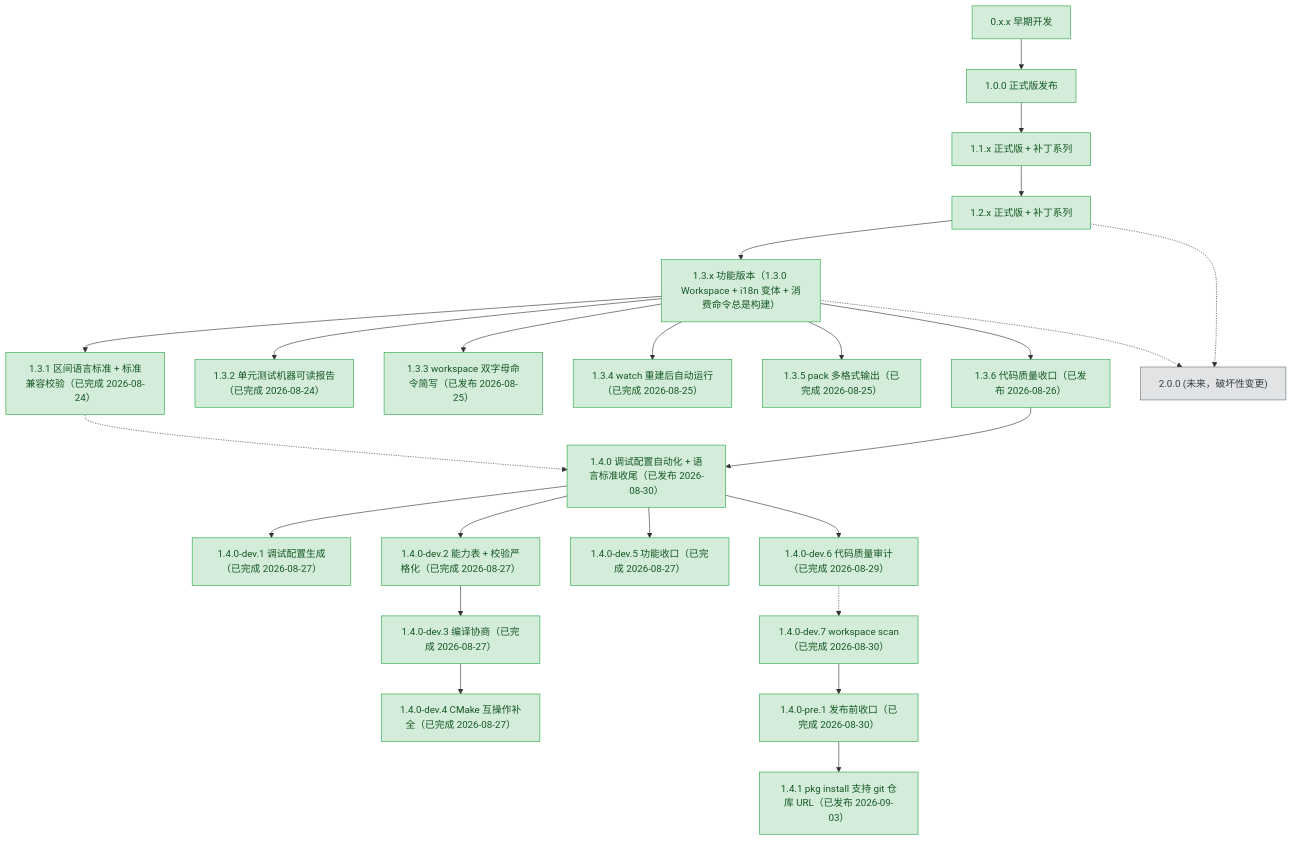
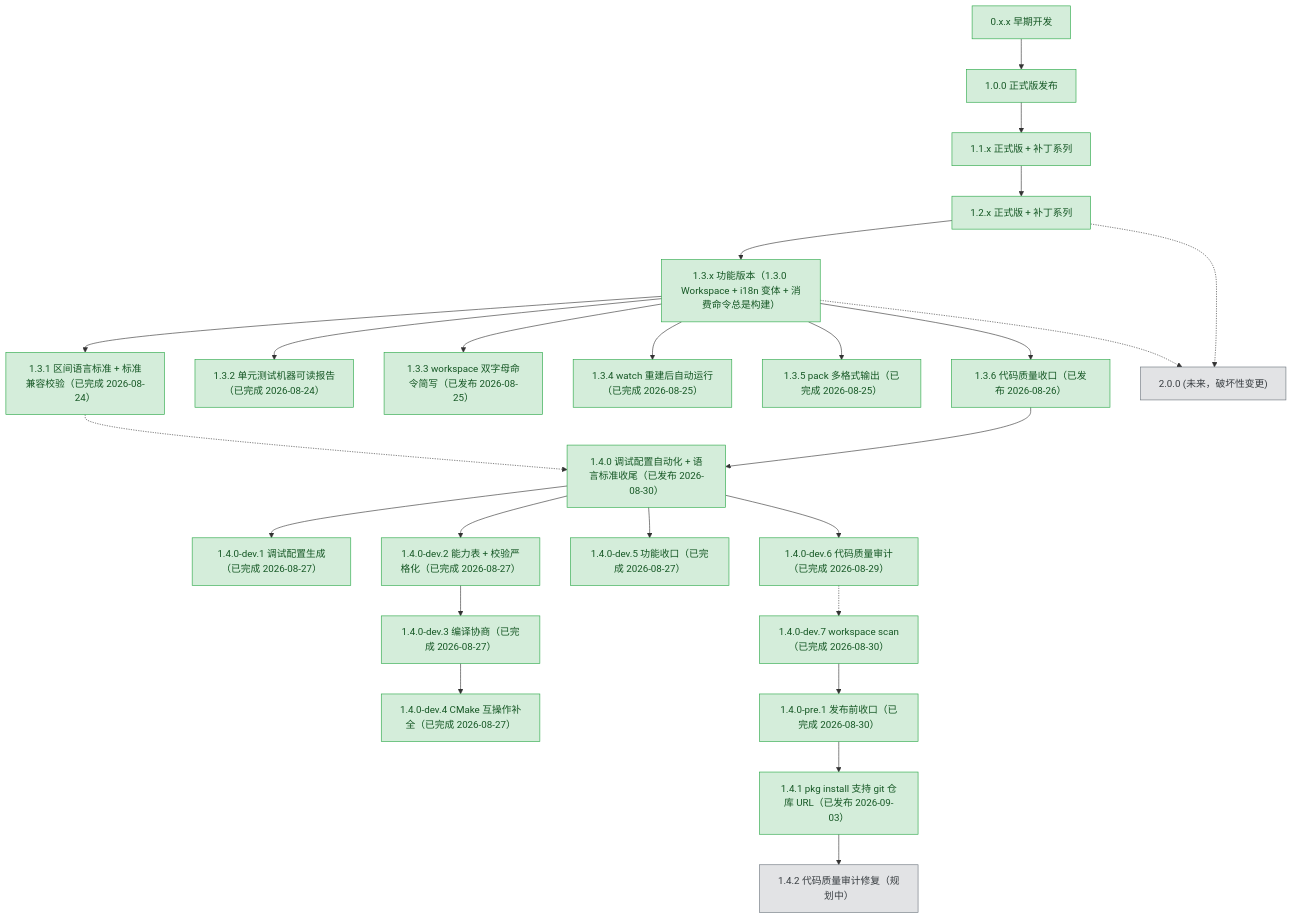
The diagram in plans/README.md (3667808244/EazyMake), drawn with Mermaid before and after one commit. The commit also changed other lines of this file and 3 other files, not shown here.

````diff
--- a/plans/README.md
+++ b/plans/README.md
@@ -66,75 +66,78 @@
 ```mermaid
 graph TD
     v0xx["0.x.x 早期开发"]
     v100["1.0.0 正式版发布"]
     v11x["1.1.x 正式版 + 补丁系列"]
     v12x["1.2.x 正式版 + 补丁系列"]
     v13x["1.3.x 功能版本（1.3.0 Workspace + i18n 变体 + 消费命令总是构建）"]
     v131["1.3.1 区间语言标准 + 标准兼容校验（已完成 2026-08-24）"]
     v132["1.3.2 单元测试机器可读报告（已完成 2026-08-24）"]
     v133["1.3.3 workspace 双字母命令简写（已发布 2026-08-25）"]
     v134["1.3.4 watch 重建后自动运行（已完成 2026-08-25）"]
     v135["1.3.5 pack 多格式输出（已完成 2026-08-25）"]
     v136["1.3.6 代码质量收口（已发布 2026-08-26）"]
     v140["1.4.0 调试配置自动化 + 语言标准收尾（已发布 2026-08-30）"]
     v141["1.4.0-dev.1 调试配置生成（已完成 2026-08-27）"]
     v142["1.4.0-dev.2 能力表 + 校验严格化（已完成 2026-08-27）"]
     v143["1.4.0-dev.3 编译协商（已完成 2026-08-27）"]
     v144["1.4.0-dev.4 CMake 互操作补全（已完成 2026-08-27）"]
     v145["1.4.0-dev.5 功能收口（已完成 2026-08-27）"]
     v146["1.4.0-dev.6 代码质量审计（已完成 2026-08-29）"]
     v147["1.4.0-dev.7 workspace scan（已完成 2026-08-30）"]
     v148["1.4.0-pre.1 发布前收口（已完成 2026-08-30）"]
     v141p["1.4.1 pkg install 支持 git 仓库 URL（已发布 2026-09-03）"]
+    v142p["1.4.2 代码质量审计修复（规划中）"]
     v200["2.0.0 (未来，破坏性变更)"]
 
     v0xx --> v100
     v100 --> v11x
     v11x --> v12x
     v12x --> v13x
     v13x --> v131
     v13x --> v132
     v13x --> v133
     v13x --> v134
     v13x --> v135
     v13x --> v136
     v136 --> v140
     v140 --> v141
     v140 --> v142
     v142 --> v143
     v143 --> v144
     v140 --> v145
     v140 --> v146
     v146 -.-> v147
     v147 --> v148
     v148 --> v141p
+    v141p --> v142p
     v131 -.-> v140
     v12x -.-> v200
     v13x -.-> v200
 
     classDef done fill:#d4edda,stroke:#28a745,color:#155724;
     classDef active fill:#fff3cd,stroke:#ffc107,color:#856404;
     classDef todo fill:#e2e3e5,stroke:#6c757d,color:#383d41;
 
     class v0xx,v100 done;
     class v11x done;
     class v12x done;
     class v13x done;
     class v131 done;
     class v132 done;
     class v133 done;
     class v134 done;
     class v135 done;
     class v136 done;
     class v140 done;
     class v141 done;
     class v142 done;
     class v143 done;
     class v144 done;
     class v145 done;
     class v146 done;
     class v147 done;
     class v148 done;
     class v141p done;
+    class v142p todo;
     class v200 todo;
 ```
````
